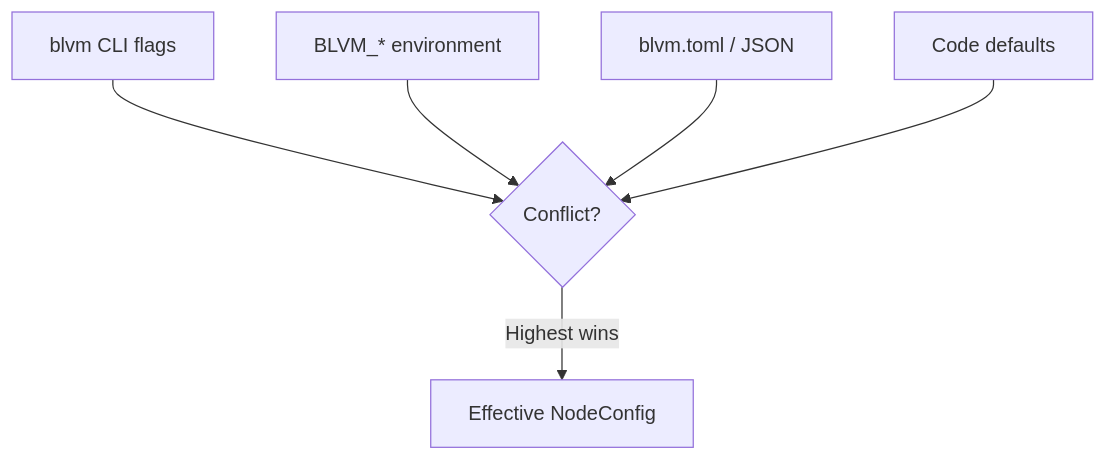
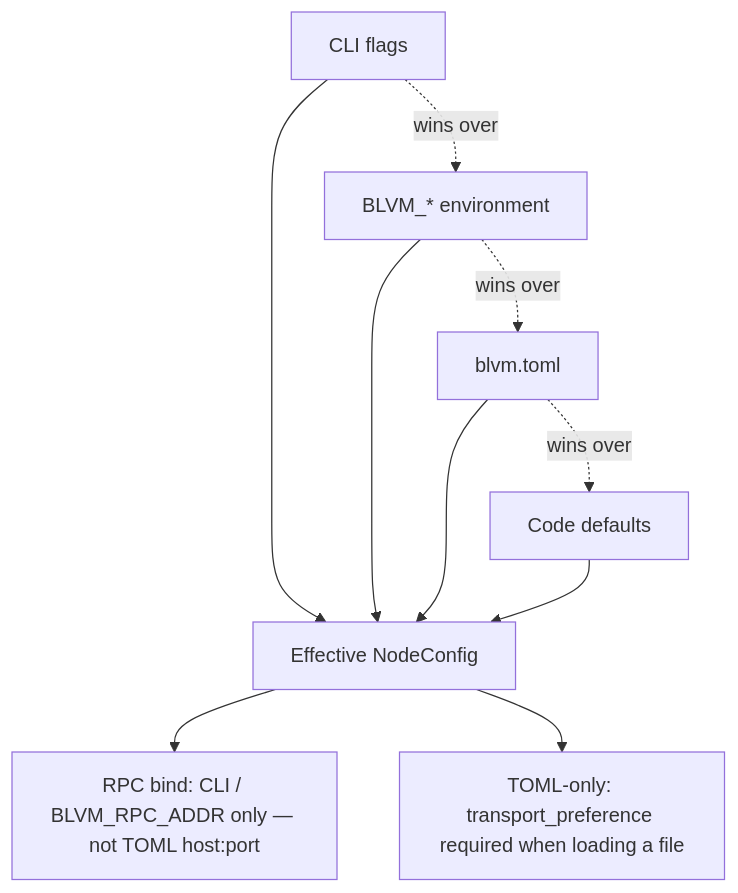
Before and after one commit to BTCDecoded/blvm-docs: the diagram in src/node/configuration.md, drawn with Mermaid. The commit also changed 18 other files, not shown here.

First line of the commit message:
docs: trim redundant mermaid charts and add operator decision flows

````diff
--- a/src/node/configuration.md
+++ b/src/node/configuration.md
@@ -13,8 +13,12 @@
 ```mermaid
 flowchart TD
-  CLI[blvm CLI flags] --> WIN{Conflict?}
+  CLI[CLI flags] --> WIN[Effective NodeConfig]
   ENV[BLVM_* environment] --> WIN
-  FILE[blvm.toml / JSON] --> WIN
+  TOML[blvm.toml] --> WIN
   DEF[Code defaults] --> WIN
-  WIN -->|Highest wins| RUN[Effective NodeConfig]
+  CLI -.->|wins over| ENV
+  ENV -.->|wins over| TOML
+  TOML -.->|wins over| DEF
+  WIN --> RPC[RPC bind: CLI / BLVM_RPC_ADDR only — not TOML host:port]
+  WIN --> FILE[TOML-only: transport_preference required when loading a file]
 ```
````
